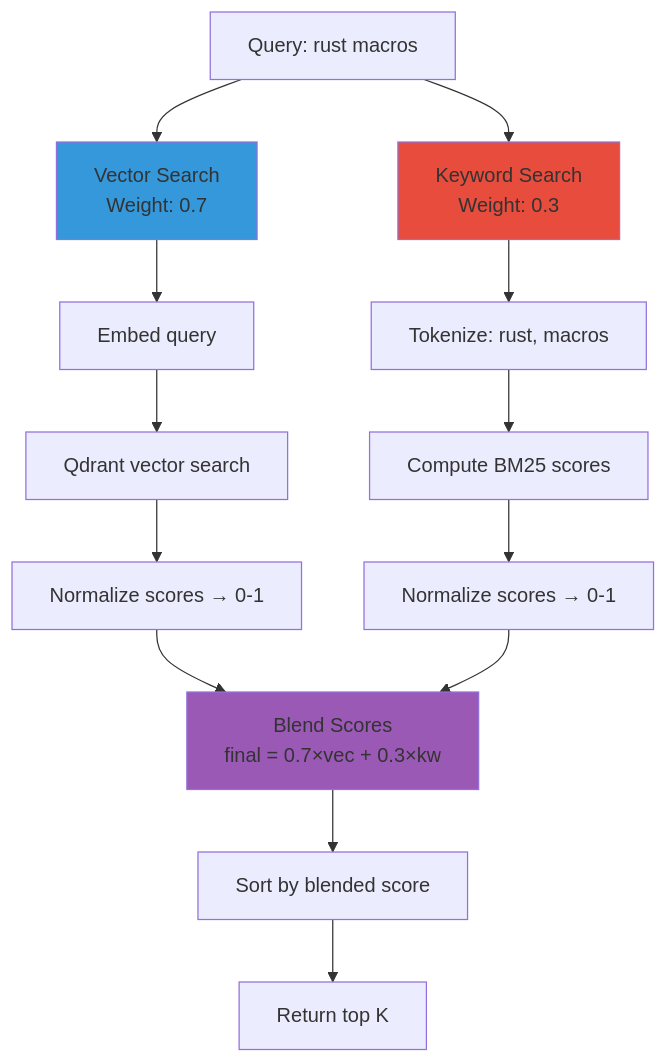
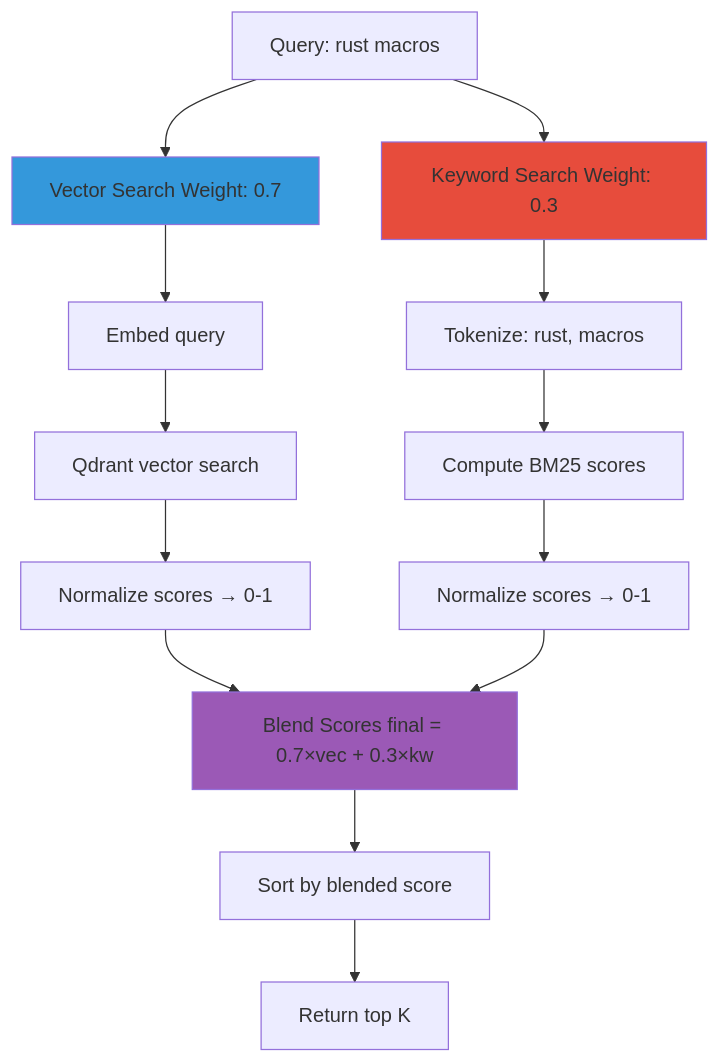
The fifth of 7 diagrams in wiki/Rust-Components.md (softwarewrighter/rag-demo), drawn with Mermaid before and after one commit. The commit also changed other lines of this file and 7 other files, not shown here.

````diff
--- a/wiki/Rust-Components.md
+++ b/wiki/Rust-Components.md
@@ -395,23 +395,23 @@
 ```mermaid
 flowchart TD
-    Q[Query: rust macros] --> V[Vector Search<br/>Weight: 0.7]
-    Q --> K[Keyword Search<br/>Weight: 0.3]
+    Q[Query: rust macros] --> V[Vector Search Weight: 0.7]
+    Q --> K[Keyword Search Weight: 0.3]
 
     V --> V1[Embed query]
     V1 --> V2[Qdrant vector search]
     V2 --> V3[Normalize scores → 0-1]
 
     K --> K1[Tokenize: rust, macros]
     K1 --> K2[Compute BM25 scores]
     K2 --> K3[Normalize scores → 0-1]
 
-    V3 --> B[Blend Scores<br/>final = 0.7×vec + 0.3×kw]
+    V3 --> B[Blend Scores final = 0.7×vec + 0.3×kw]
     K3 --> B
 
     B --> S[Sort by blended score]
     S --> R[Return top K]
 
     style V fill:#3498db
     style K fill:#e74c3c
     style B fill:#9b59b6
 ```
````
